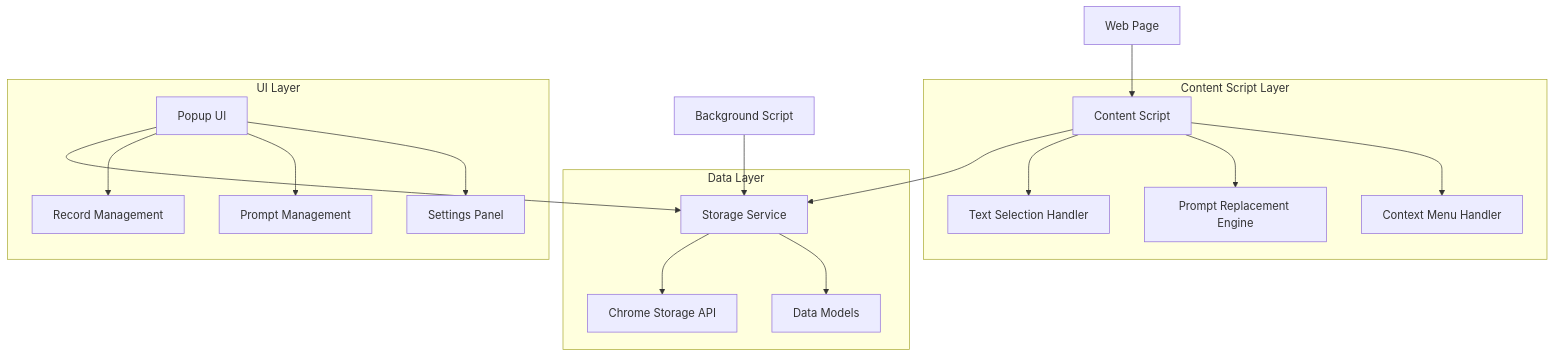
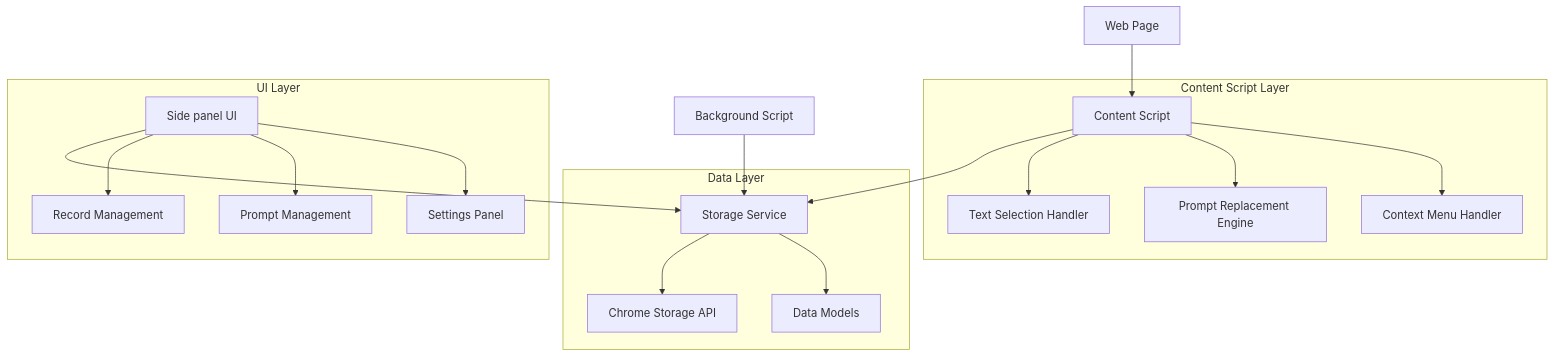
The diagram in .kiro/specs/quick-note-and-prompt/design.md (SSShooter/ai-mate), drawn with Mermaid before and after one commit. The commit also changed other lines of this file and 1 other file, not shown here.

Commit message:
chore: update specs

````diff
--- a/.kiro/specs/quick-note-and-prompt/design.md
+++ b/.kiro/specs/quick-note-and-prompt/design.md
@@ -11,24 +11,24 @@
 ```mermaid
 graph TB
     A[Web Page] --> B[Content Script]
     B --> C[Storage Service]
-    D[Popup UI] --> C
+    D[Side panel UI] --> C
     E[Background Script] --> C
 
     subgraph "Content Script Layer"
         B --> F[Text Selection Handler]
         B --> G[Prompt Replacement Engine]
         B --> H[Context Menu Handler]
     end
 
     subgraph "UI Layer"
         D --> I[Record Management]
         D --> J[Prompt Management]
         D --> K[Settings Panel]
     end
 
     subgraph "Data Layer"
         C --> L[Chrome Storage API]
         C --> M[Data Models]
     end
 ```
````
